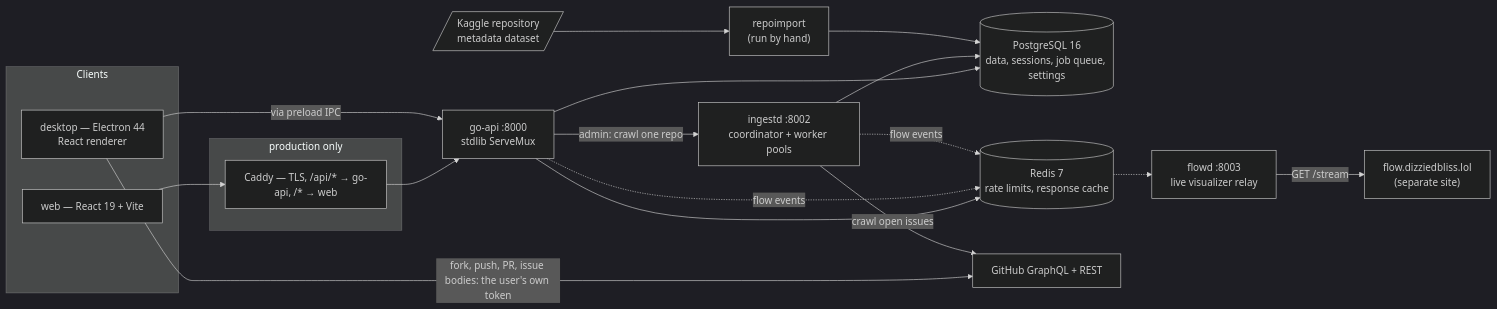
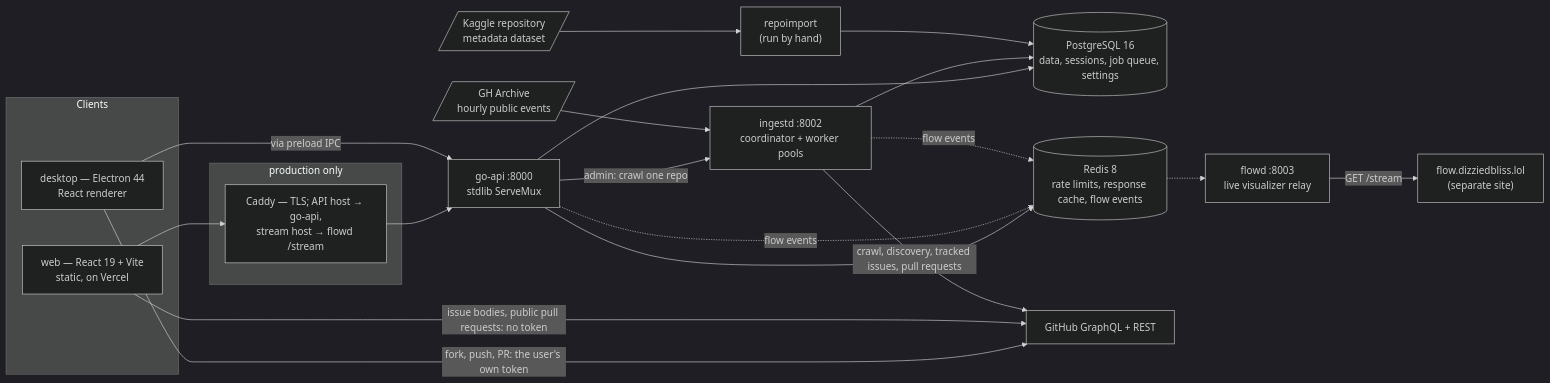
Before and after one commit to dizziedbliss/SkillIssues: the diagram in ARCHITECTURE.md, drawn with Mermaid (dark theme). The commit also changed other lines of this file and 4 other files, not shown here.

````diff
--- a/ARCHITECTURE.md
+++ b/ARCHITECTURE.md
@@ -8,34 +8,37 @@
 ```mermaid
 flowchart LR
     subgraph Clients
-        Web["web — React 19 + Vite"]
+        Web["web — React 19 + Vite<br/>static, on Vercel"]
         Desktop["desktop — Electron 44<br/>React renderer"]
     end
 
     subgraph Edge["production only"]
-        Caddy["Caddy — TLS, /api/* → go-api, /* → web"]
+        Caddy["Caddy — TLS; API host → go-api,<br/>stream host → flowd /stream"]
     end
 
     API["go-api :8000<br/>stdlib ServeMux"]
     Ingestd["ingestd :8002<br/>coordinator + worker pools"]
     Flowd["flowd :8003<br/>live visualizer relay"]
     Viewers["flow.dizziedbliss.lol<br/>(separate site)"]
     PG[("PostgreSQL 16<br/>data, sessions, job queue, settings")]
-    Redis[("Redis 7<br/>rate limits, response cache")]
+    Redis[("Redis 8<br/>rate limits, response cache, flow events")]
     GH["GitHub GraphQL + REST"]
     Import["repoimport<br/>(run by hand)"]
     Kaggle[/"Kaggle repository<br/>metadata dataset"/]
+    Archive[/"GH Archive<br/>hourly public events"/]
 
     Web --> Caddy --> API
     Desktop -->|via preload IPC| API
-    Desktop -->|fork, push, PR, issue bodies: the user's own token| GH
+    Desktop -->|fork, push, PR: the user's own token| GH
+    Web -->|issue bodies, public pull requests: no token| GH
     API --> PG
     API --> Redis
     API -->|admin: crawl one repo| Ingestd
     Ingestd --> PG
-    Ingestd -->|crawl open issues| GH
+    Ingestd -->|crawl, discovery, tracked issues, pull requests| GH
+    Archive --> Ingestd
     Kaggle --> Import --> PG
     API -.->|flow events| Redis
     Ingestd -.->|flow events| Redis
     Redis -.-> Flowd -->|GET /stream| Viewers
 ```
````
